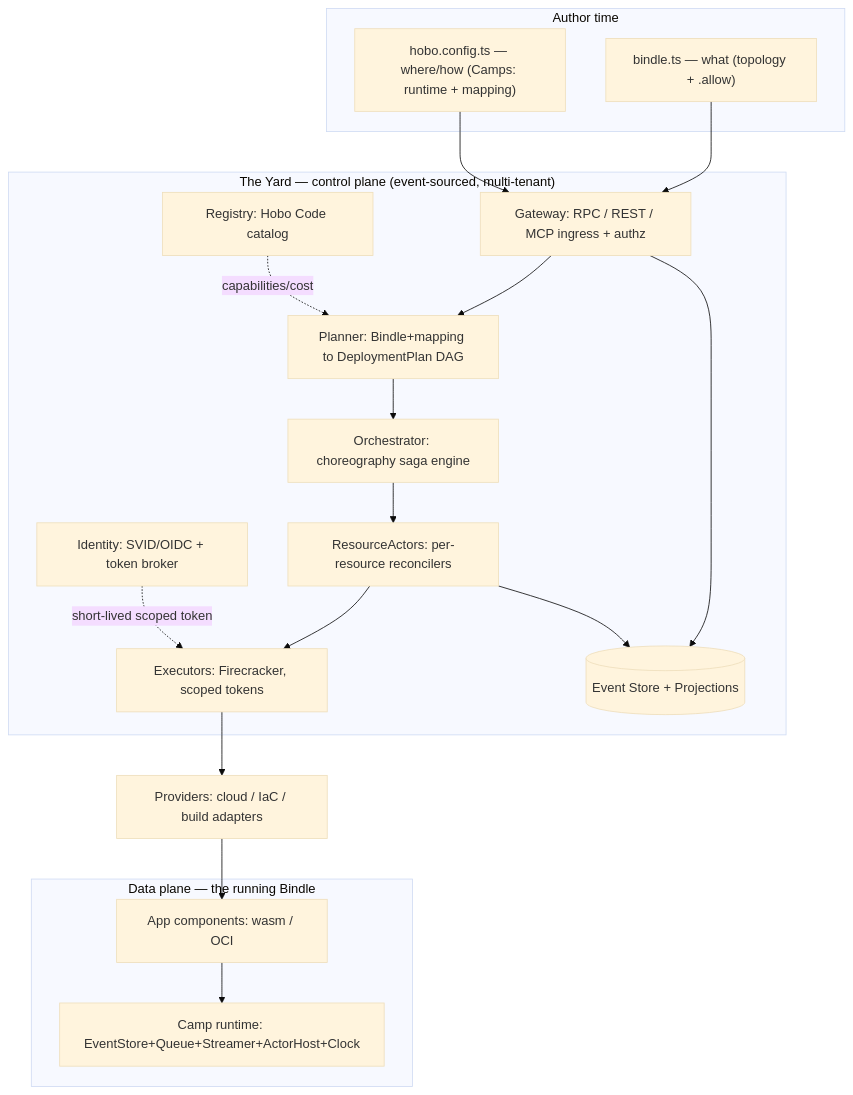
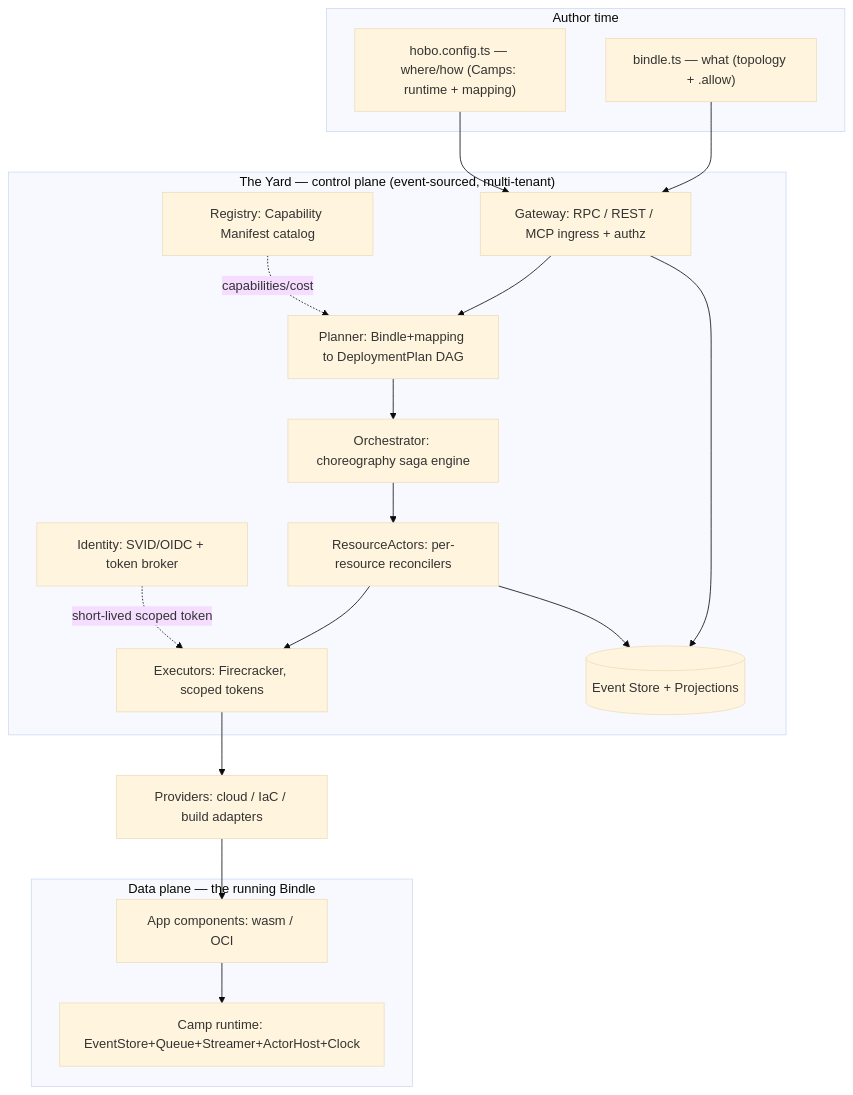
The diagram in docs/requirements/TRD.md (Tyler-R-Kendrick/HoBo), drawn with Mermaid (base theme) before and after one commit. The commit also changed other lines of this file and 70 other files, not shown here.

First line of the commit message:
docs(design): purge "worlds", rename Circuit→Junction, reserve "Hobo Code" for a DSL

````diff
--- a/docs/requirements/TRD.md
+++ b/docs/requirements/TRD.md
@@ -40,36 +40,36 @@
 ```mermaid
 flowchart TB
   subgraph Author["Author time"]
     B["bindle.ts — what (topology + .allow)"]
     CFG["hobo.config.ts — where/how (Camps: runtime + mapping)"]
   end
   subgraph Yard["The Yard — control plane (event-sourced, multi-tenant)"]
     GW["Gateway: RPC / REST / MCP ingress + authz"]
     IDP["Identity: SVID/OIDC + token broker"]
-    REG["Registry: Hobo Code catalog"]
+    REG["Registry: Capability Manifest catalog"]
     PLN["Planner: Bindle+mapping to DeploymentPlan DAG"]
     ORC["Orchestrator: choreography saga engine"]
     RAC["ResourceActors: per-resource reconcilers"]
     EXE["Executors: Firecracker, scoped tokens"]
     EVT[("Event Store + Projections")]
   end
   subgraph Data["Data plane — the running Bindle"]
     APP["App components: wasm / OCI"]
     WRL["Camp runtime: EventStore+Queue+Streamer+ActorHost+Clock"]
   end
   PROV["Providers: cloud / IaC / build adapters"]
 
   B --> GW
   CFG --> GW
   GW --> PLN
   REG -. capabilities/cost .-> PLN
   PLN --> ORC
   ORC --> RAC
   RAC --> EXE
   EXE --> PROV
   IDP -. short-lived scoped token .-> EXE
   GW --> EVT
   RAC --> EVT
   PROV --> APP
   APP --> WRL
 ```
````
